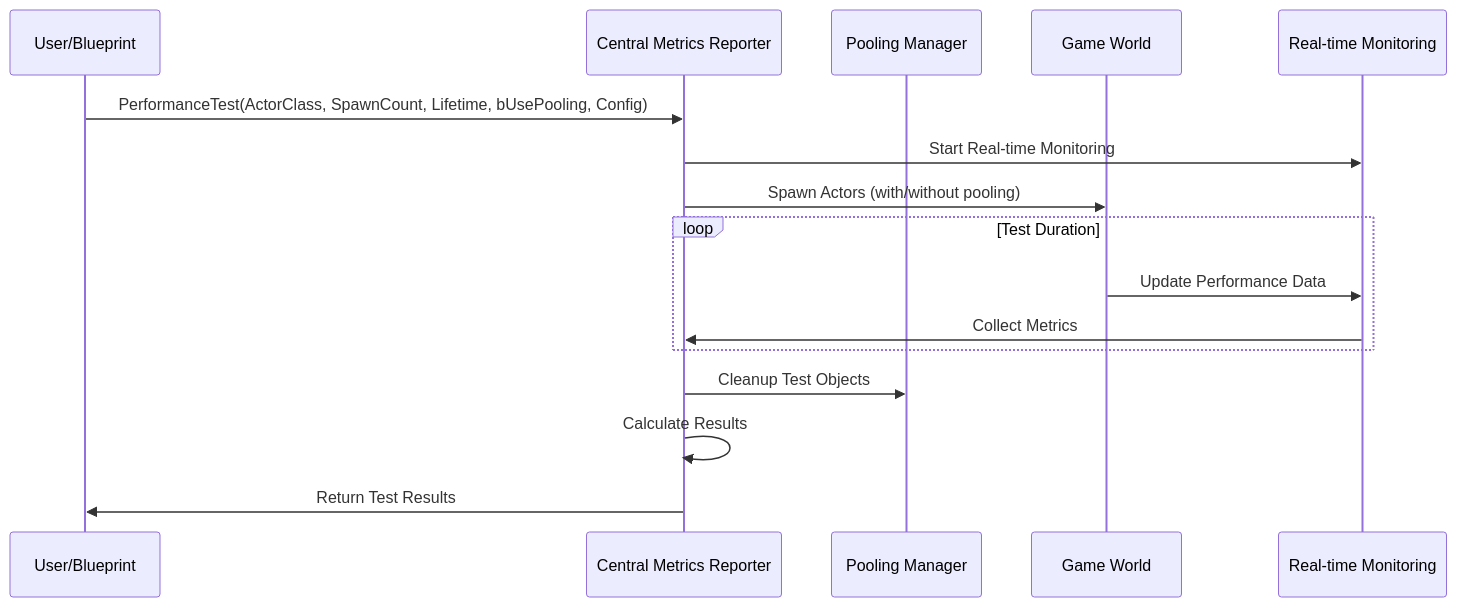
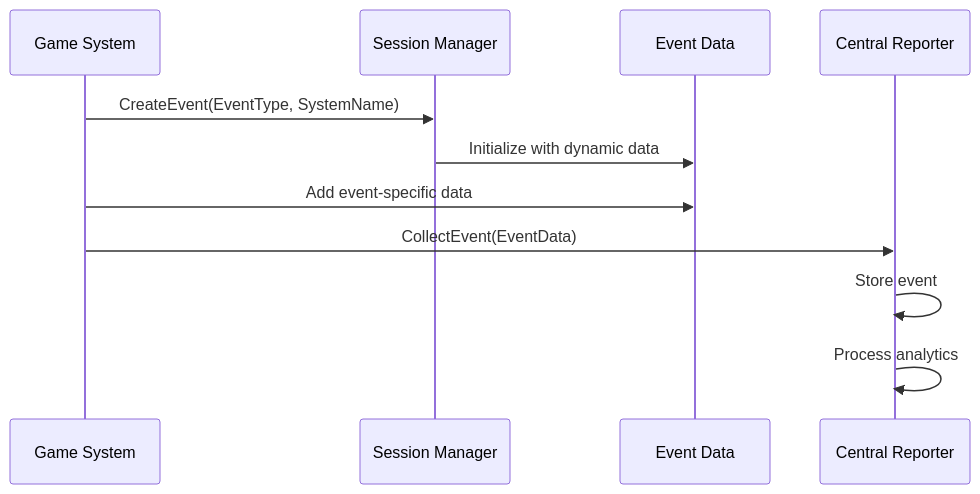
Before and after one commit to DeadmanJack/PlanetDefender: the third of 4 diagrams in docs/metrics/GWIZCentralMetricsReporter_Design.md, drawn with Mermaid. The commit also changed other lines of this file and 6 other files, not shown here.

Commit message:
Updated plan for metrics gathering, data structures, etc

````diff
--- a/docs/metrics/GWIZCentralMetricsReporter_Design.md
+++ b/docs/metrics/GWIZCentralMetricsReporter_Design.md
@@ -407,19 +376,14 @@
 ```mermaid
 sequenceDiagram
-    participant User as User/Blueprint
-    participant CMR as Central Metrics Reporter
-    participant PM as Pooling Manager
-    participant World as Game World
-    participant RT as Real-time Monitoring
+    participant GS as Game System
+    participant SM as Session Manager
+    participant ED as Event Data
+    participant CMR as Central Reporter
     
-    User->>CMR: PerformanceTest(ActorClass, SpawnCount, Lifetime, bUsePooling, Config)
-    CMR->>RT: Start Real-time Monitoring
-    CMR->>World: Spawn Actors (with/without pooling)
-    loop Test Duration
-        World->>RT: Update Performance Data
-        RT->>CMR: Collect Metrics
-    end
-    CMR->>PM: Cleanup Test Objects
-    CMR->>CMR: Calculate Results
-    CMR->>User: Return Test Results
+    GS->>SM: CreateEvent(EventType, SystemName)
+    SM->>ED: Initialize with dynamic data
+    GS->>ED: Add event-specific data
+    GS->>CMR: CollectEvent(EventData)
+    CMR->>CMR: Store event
+    CMR->>CMR: Process analytics
 ```
````
